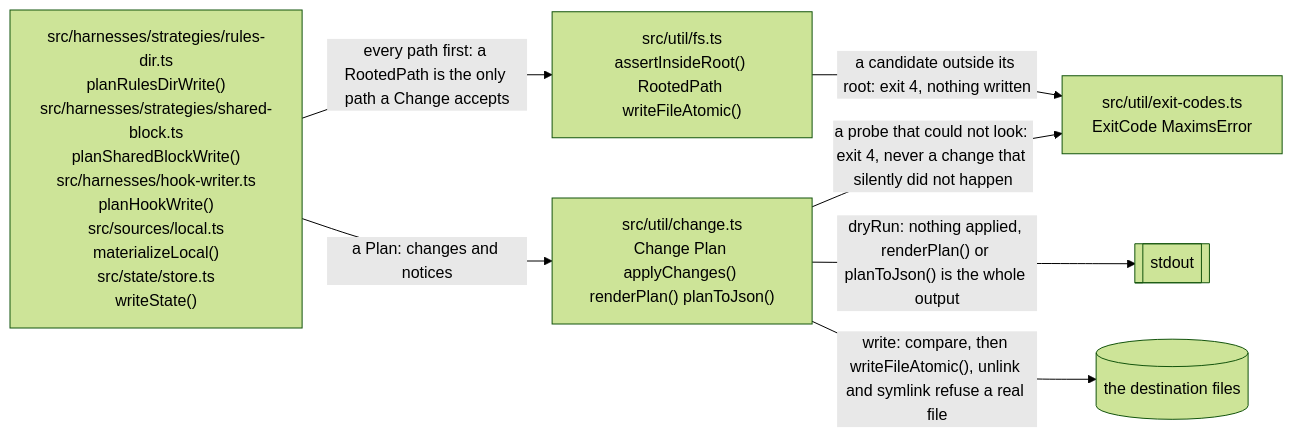
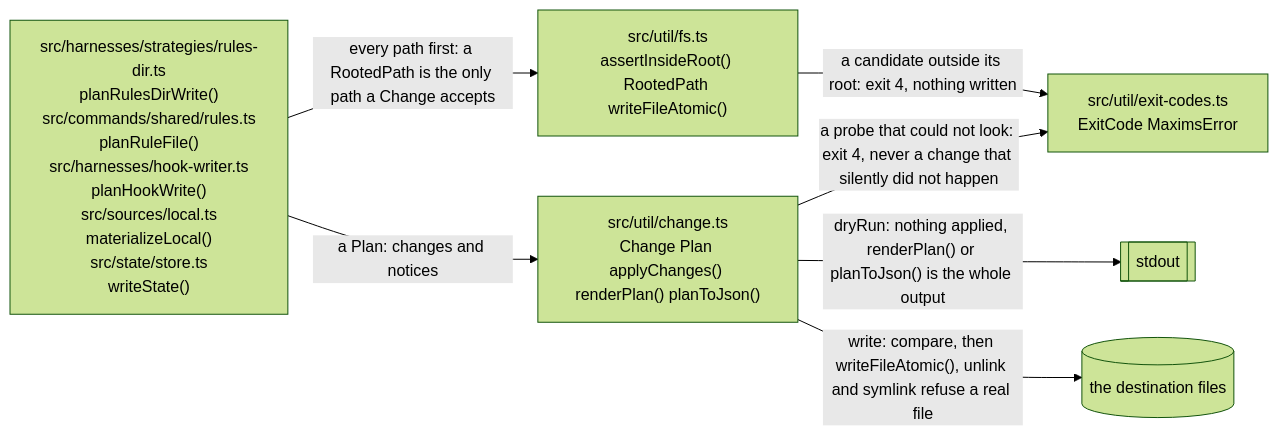
The sixth of 15 diagrams in docs/architecture.md (Vivswan/maxims), drawn with Mermaid (forest theme) before and after one commit. The commit also changed other lines of this file and 10 other files, not shown here.

````diff
--- a/docs/architecture.md
+++ b/docs/architecture.md
@@ -226,15 +226,15 @@
 ```mermaid
 flowchart LR
-  planners["src/harnesses/strategies/rules-dir.ts<br>planRulesDirWrite()<br>src/harnesses/strategies/shared-block.ts<br>planSharedBlockWrite()<br>src/harnesses/hook-writer.ts<br>planHookWrite()<br>src/sources/local.ts<br>materializeLocal()<br>src/state/store.ts<br>writeState()"]
+  planners["src/harnesses/strategies/rules-dir.ts<br>planRulesDirWrite()<br>src/commands/shared/rules.ts<br>planRuleFile()<br>src/harnesses/hook-writer.ts<br>planHookWrite()<br>src/sources/local.ts<br>materializeLocal()<br>src/state/store.ts<br>writeState()"]
   fs["src/util/fs.ts<br>assertInsideRoot() RootedPath writeFileAtomic()"]
   change["src/util/change.ts<br>Change Plan applyChanges() renderPlan() planToJson()"]
   exit["src/util/exit-codes.ts<br>ExitCode MaximsError"]
   stdout[["stdout"]]
   disk[("the destination files")]
   planners -->|"every path first: a RootedPath is the only path a Change accepts"| fs
   fs -->|"a candidate outside its root: exit 4, nothing written"| exit
   planners -->|"a Plan: changes and notices"| change
   change -->|"dryRun: nothing applied, renderPlan() or planToJson() is the whole output"| stdout
   change -->|"write: compare, then writeFileAtomic(), unlink and symlink refuse a real file"| disk
   change -->|"a probe that could not look: exit 4, never a change that silently did not happen"| exit
 ```
````
